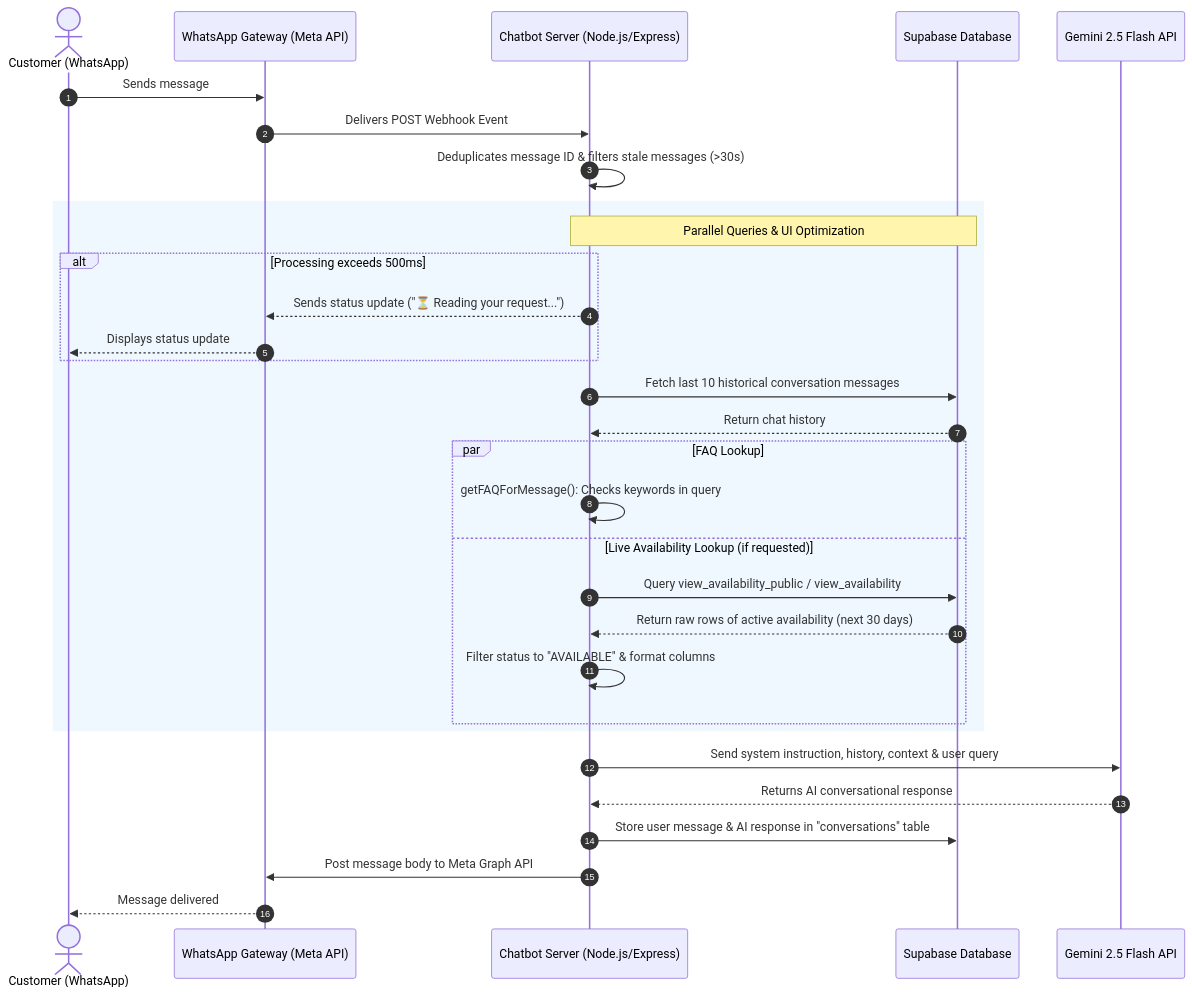
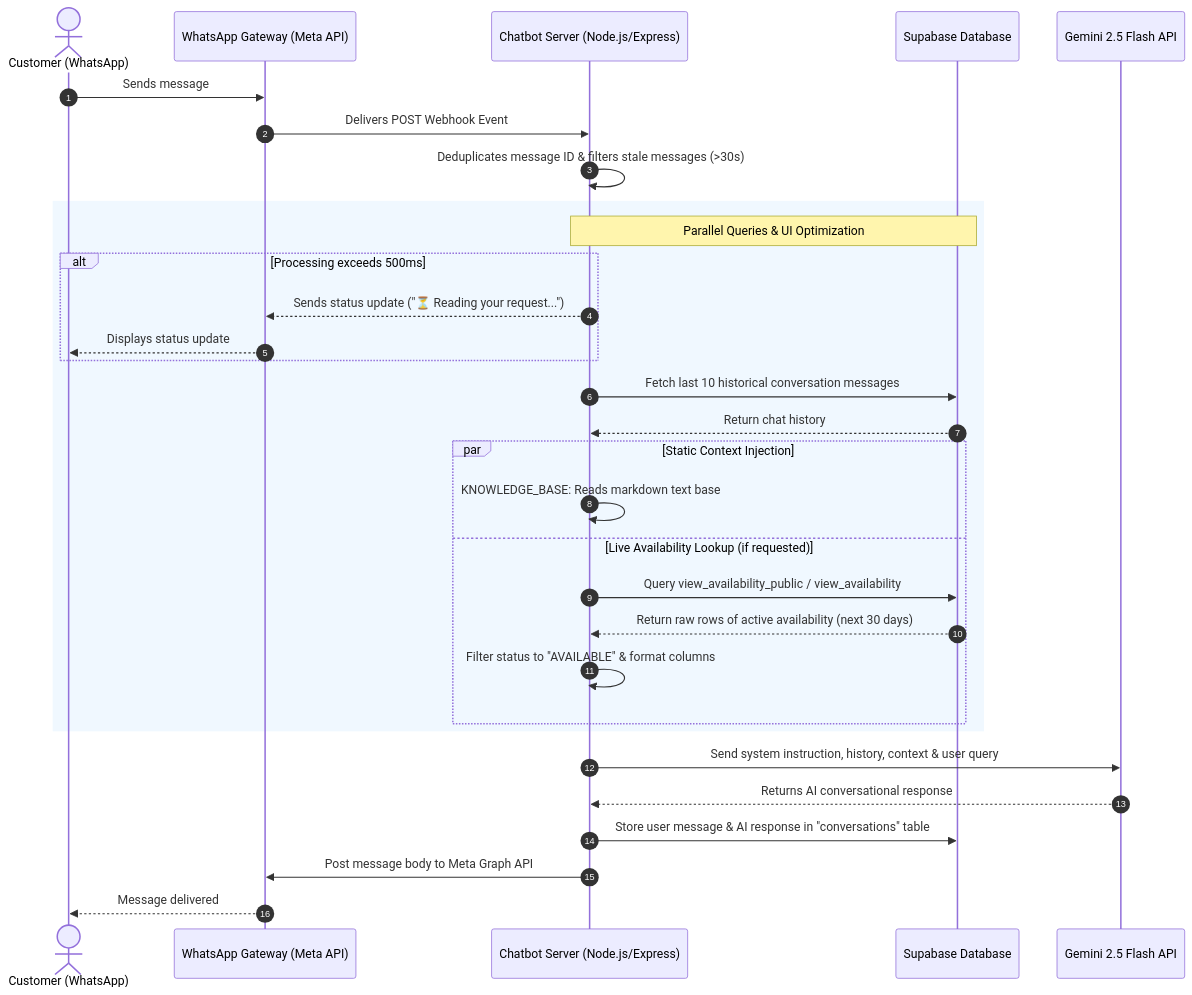
One commit to lixinneo04/camp_mantap_chatbot changed the diagram in README.md. Above: the diagram before and after it, drawn with Mermaid. The commit also changed other lines of this file and 3 other files, not shown here.

Commit message:
Finalize the AI knowledge base to replace FAQ keyword finding

````diff
--- a/README.md
+++ b/README.md
@@ -13,38 +13,38 @@
 ```mermaid
 sequenceDiagram
     autonumber
     actor Customer as Customer (WhatsApp)
     participant WA as WhatsApp Gateway (Meta API)
     participant Srv as Chatbot Server (Node.js/Express)
     participant DB as Supabase Database
     participant AI as Gemini 2.5 Flash API
 
     Customer->>WA: Sends message
     WA->>Srv: Delivers POST Webhook Event
     Srv->>Srv: Deduplicates message ID & filters stale messages (>30s)
     
     rect rgb(240, 248, 255)
         Note over Srv, DB: Parallel Queries & UI Optimization
         alt Processing exceeds 500ms
             Srv-->>WA: Sends status update ("⏳ Reading your request...")
             WA-->>Customer: Displays status update
         end
         
         Srv->>DB: Fetch last 10 historical conversation messages
         DB-->>Srv: Return chat history
         
-        par FAQ Lookup
-            Srv->>Srv: getFAQForMessage(): Checks keywords in query
+        par Static Context Injection
+            Srv->>Srv: KNOWLEDGE_BASE: Reads markdown text base
         and Live Availability Lookup (if requested)
             Srv->>DB: Query view_availability_public / view_availability
             DB-->>Srv: Return raw rows of active availability (next 30 days)
             Srv->>Srv: Filter status to "AVAILABLE" & format columns
         end
     end
 
     Srv->>AI: Send system instruction, history, context & user query
     AI-->>Srv: Returns AI conversational response
     Srv->>DB: Store user message & AI response in "conversations" table
     Srv->>WA: Post message body to Meta Graph API
     WA-->>Customer: Message delivered
 ```
````
